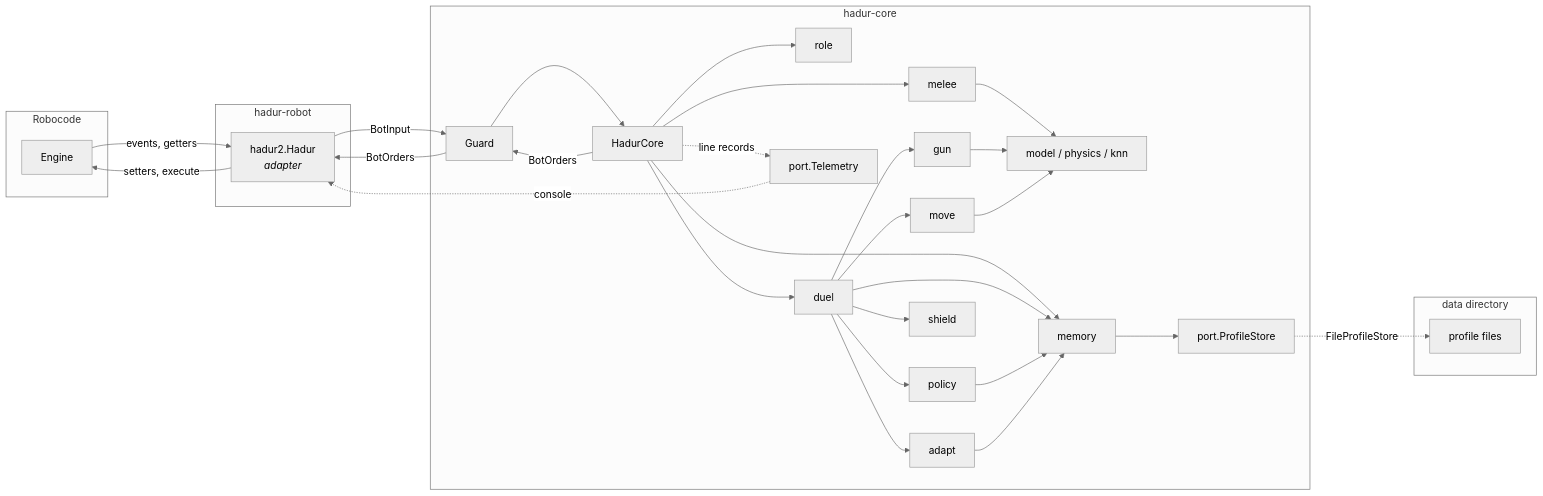
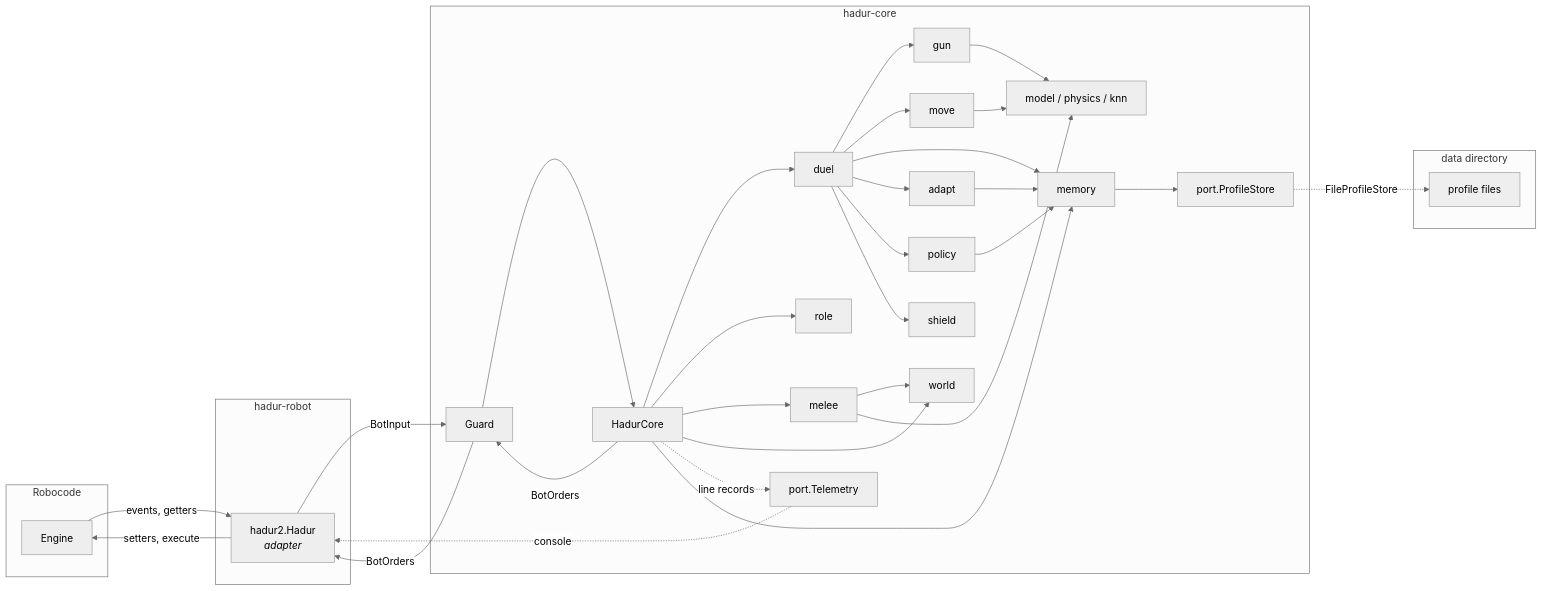
One commit to lgriffin/Hadur_Robot changed the first of 2 diagrams in docs/architecture.md. Above: the diagram before and after it, drawn with Mermaid (neutral theme). The commit also changed other lines of this file and 44 other files, not shown here.

````diff
--- a/docs/architecture.md
+++ b/docs/architecture.md
@@ -7,51 +7,54 @@
 ```mermaid
 graph LR
     subgraph Robocode
         E[Engine]
     end
     subgraph hadur-robot
         A[hadur2.Hadur<br><i>adapter</i>]
     end
     subgraph hadur-core
         G[Guard]
         C[HadurCore]
         GC[gun]
         MC[move]
         ML[melee]
+        W[world]
         PT[role]
         DU[duel]
         M[model / physics / knn]
         T[port.Telemetry]
         MEM[memory]
         AD[adapt]
         PO[policy]
         SH[shield]
         PS[port.ProfileStore]
     end
     subgraph data directory
         F[profile files]
     end
     E -- events, getters --> A
     A -- BotInput --> G
     G --> C
     C --> DU
     DU --> GC & MC
     C --> PT
     C --> ML
+    C --> W
+    ML --> W
     ML --> M
     GC & MC --> M
     C -- BotOrders --> G
     G -- BotOrders --> A
     A -- setters, execute --> E
     C -. line records .-> T
     T -. console .-> A
     C --> MEM
     DU --> MEM
     DU --> AD
     DU --> PO
     DU --> SH
     PO --> MEM
     AD --> MEM
     MEM --> PS
     PS -. FileProfileStore .-> F
 ```
````
